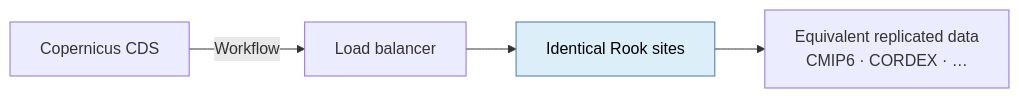
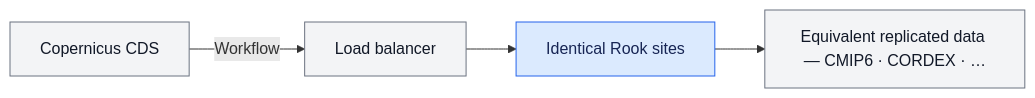
Before and after one commit to roocs/rook: the third of 11 diagrams in Rook_WPS_ESGF2_talk_draft.md, drawn with Mermaid. The commit also changed other lines of this file and 8 other files, not shown here.

````diff
--- a/Rook_WPS_ESGF2_talk_draft.md
+++ b/Rook_WPS_ESGF2_talk_draft.md
@@ -97,8 +102,10 @@
 ```mermaid
 flowchart LR
     CDS["Copernicus CDS"] -->|"Workflow"| LB["Load balancer"]
     LB --> Rook["Identical Rook sites"]
-    Rook --> Data["Equivalent replicated data<br/>CMIP6 · CORDEX · …"]
+    Rook --> Data["Equivalent replicated data — CMIP6 · CORDEX · …"]
 
-    style Rook fill:#dceef8,stroke:#457b9d,color:#000
+    classDef default fill:#f3f4f6,stroke:#6b7280,color:#111827
+    classDef rook fill:#dbeafe,stroke:#2563eb,color:#172554
+    class Rook rook
 ```
````
